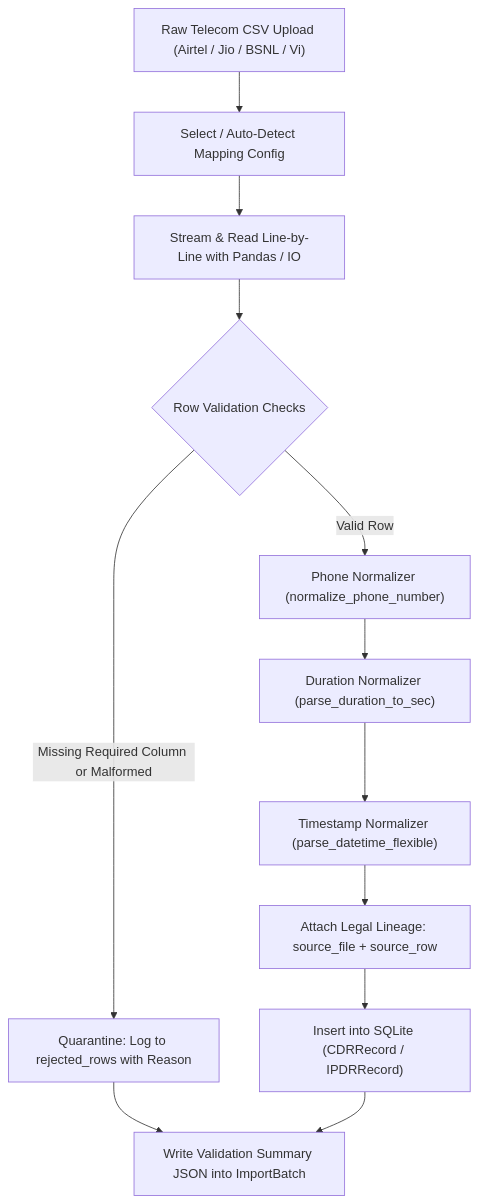
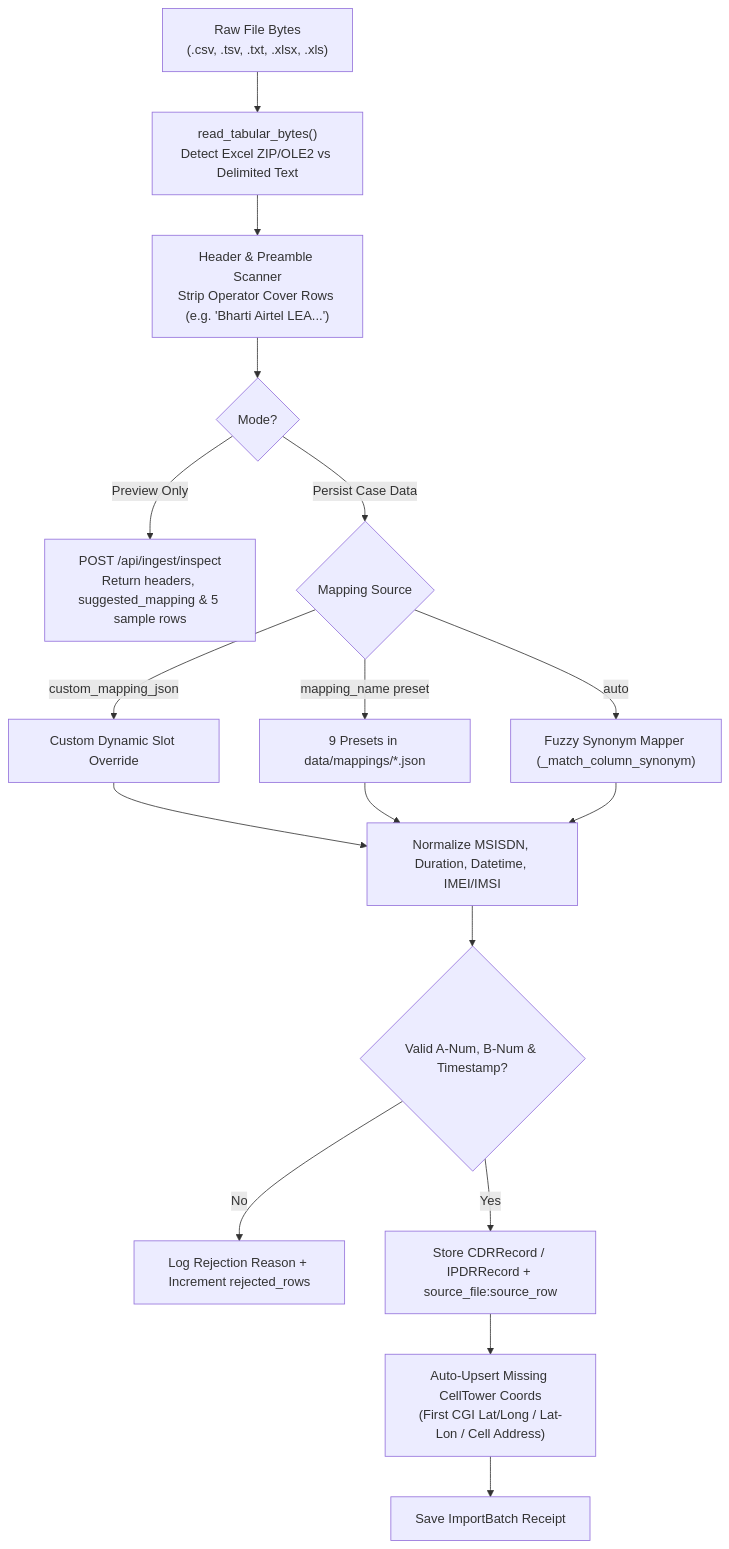
One commit to JAIDUUU/Anomus-hackthon-rajishtan changed the diagram in docs/ingestion_engine.md. Above: the diagram before and after it, drawn with Mermaid. The commit also changed other lines of this file, not shown here.

Commit message:
docs(ingestion): document CSV/TSV/XLSX parsing, preamble stripping, presets, and auto tower upserts

````diff
--- a/docs/ingestion_engine.md
+++ b/docs/ingestion_engine.md
@@ -17,17 +13,21 @@
 ```mermaid
 flowchart TD
-    A["Raw Telecom CSV Upload (Airtel / Jio / BSNL / Vi)"] --> B["Select / Auto-Detect Mapping Config"]
-    B --> C["Stream & Read Line-by-Line with Pandas / IO"]
-    C --> D{"Row Validation Checks"}
+    Upload["Raw File Bytes<br/>(.csv, .tsv, .txt, .xlsx, .xls)"] --> Read["read_tabular_bytes()<br/>Detect Excel ZIP/OLE2 vs Delimited Text"]
+    Read --> Scan["Header & Preamble Scanner<br/>Strip Operator Cover Rows (e.g. 'Bharti Airtel LEA...')"]
     
-    D -->|Missing Required Column or Malformed| E["Quarantine: Log to rejected_rows with Reason"]
-    D -->|Valid Row| F["Phone Normalizer (normalize_phone_number)"]
+    Scan --> Branch{Mode?}
+    Branch -->|Preview Only| Inspect["POST /api/ingest/inspect<br/>Return headers, suggested_mapping & 5 sample rows"]
+    Branch -->|Persist Case Data| Choose{Mapping Source}
     
-    F --> G["Duration Normalizer (parse_duration_to_sec)"]
-    G --> H["Timestamp Normalizer (parse_datetime_flexible)"]
-    H --> I["Attach Legal Lineage: source_file + source_row"]
-    I --> J["Insert into SQLite (CDRRecord / IPDRRecord)"]
+    Choose -->|custom_mapping_json| Custom["Custom Dynamic Slot Override"]
+    Choose -->|mapping_name preset| Preset["9 Presets in data/mappings/*.json"]
+    Choose -->|auto| Fuzzy["Fuzzy Synonym Mapper (_match_column_synonym)"]
     
-    E --> K["Write Validation Summary JSON into ImportBatch"]
-    J --> K
+    Custom & Preset & Fuzzy --> Clean["Normalize MSISDN, Duration, Datetime, IMEI/IMSI"]
+    Clean --> Validate{Valid A-Num, B-Num & Timestamp?}
+    
+    Validate -->|No| Reject["Log Rejection Reason + Increment rejected_rows"]
+    Validate -->|Yes| InsertCDR["Store CDRRecord / IPDRRecord + source_file:source_row"]
+    InsertCDR --> UpsertTower["Auto-Upsert Missing CellTower Coords<br/>(First CGI Lat/Long / Lat-Lon / Cell Address)"]
+    UpsertTower --> Batch["Save ImportBatch Receipt"]
 ```
````
